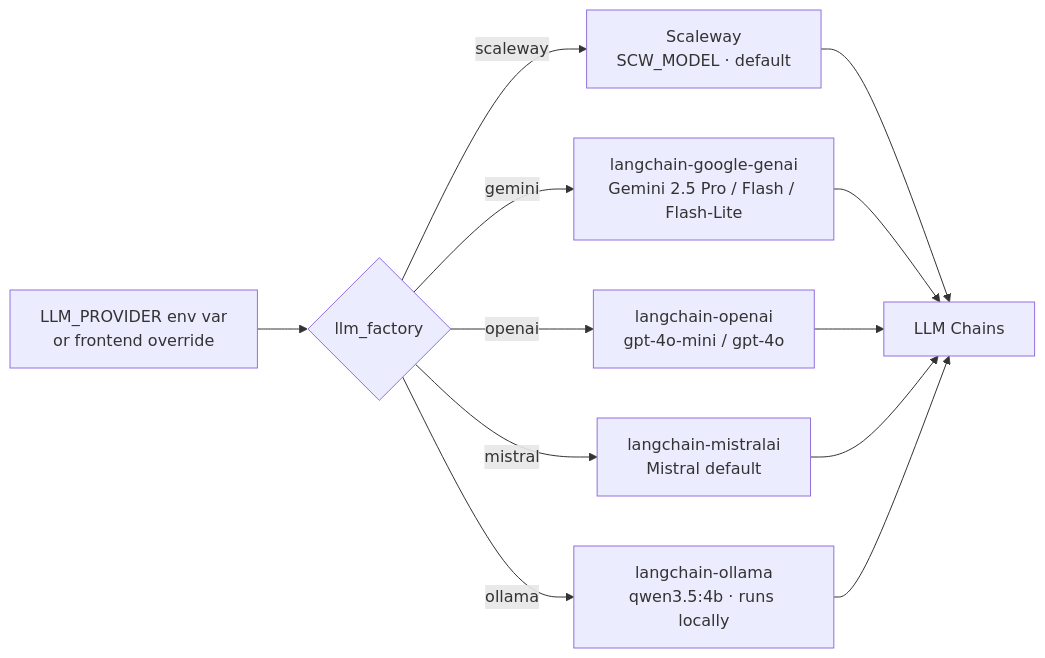
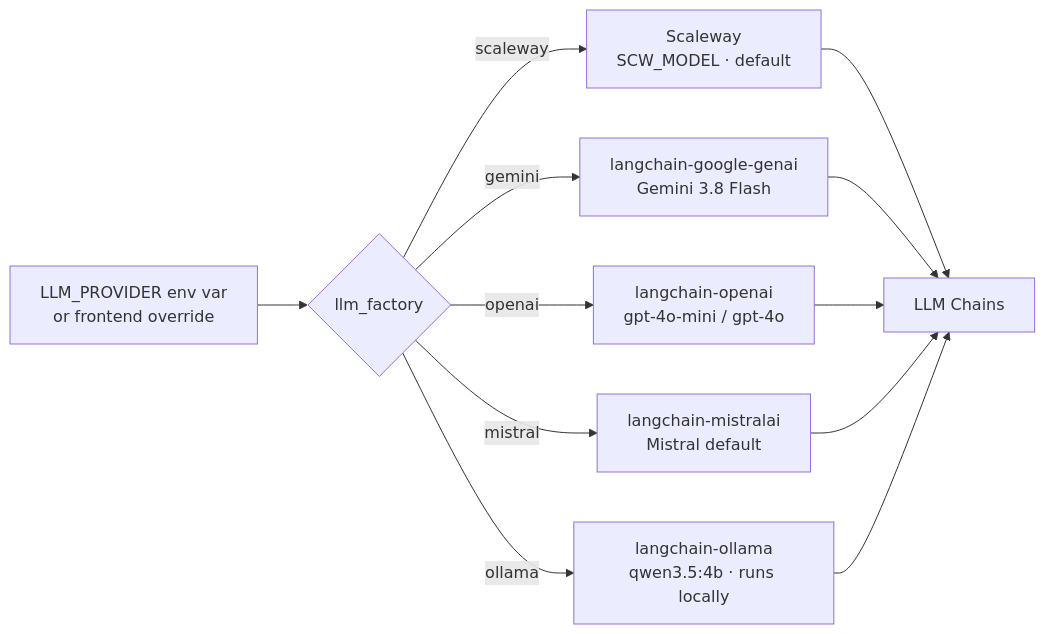
The sixth of 6 diagrams in docs/architecture.md (eikrad/Radiationsafety), drawn with Mermaid before and after one commit. The commit also changed 12 other files, not shown here.

First line of the commit message:
feat: offer Gemini 3.8 Flash as the only Gemini model

````diff
--- a/docs/architecture.md
+++ b/docs/architecture.md
@@ -244,14 +244,14 @@
 ```mermaid
 flowchart LR
     ENV[LLM_PROVIDER env var\nor frontend override] --> FAC{llm_factory}
     FAC -->|scaleway| SCW[Scaleway\nSCW_MODEL · default]
-    FAC -->|gemini| GEM[langchain-google-genai\nGemini 2.5 Pro / Flash / Flash-Lite]
+    FAC -->|gemini| GEM[langchain-google-genai\nGemini 3.8 Flash]
     FAC -->|openai| OAI[langchain-openai\ngpt-4o-mini / gpt-4o]
     FAC -->|mistral| MIS[langchain-mistralai\nMistral default]
     FAC -->|ollama| OLL[langchain-ollama\nqwen3.5:4b · runs locally]
     SCW --> CHAINS[LLM Chains]
     GEM --> CHAINS
     OAI --> CHAINS
     MIS --> CHAINS
     OLL --> CHAINS
 ```
````
